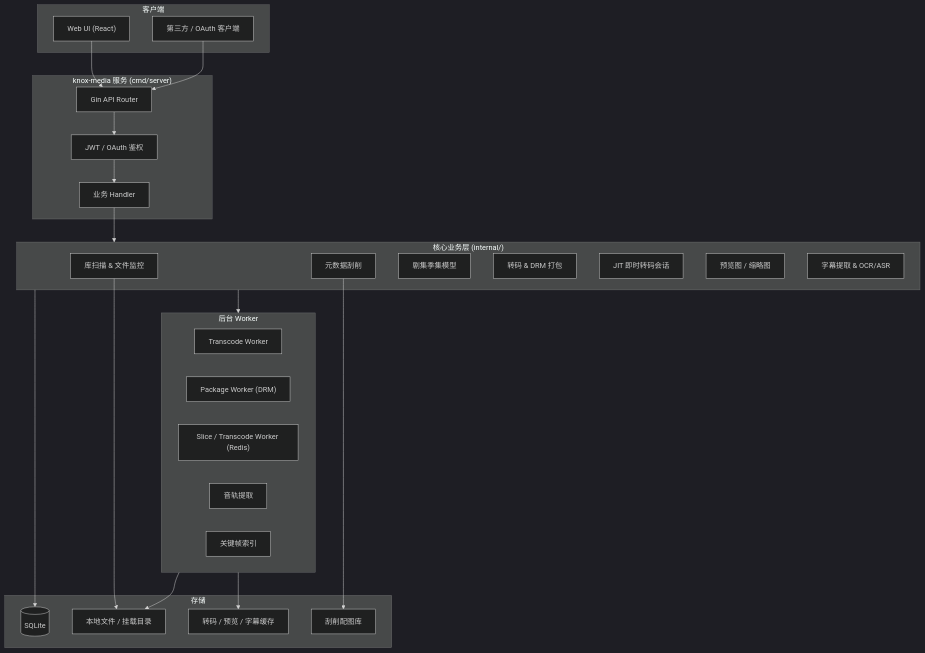
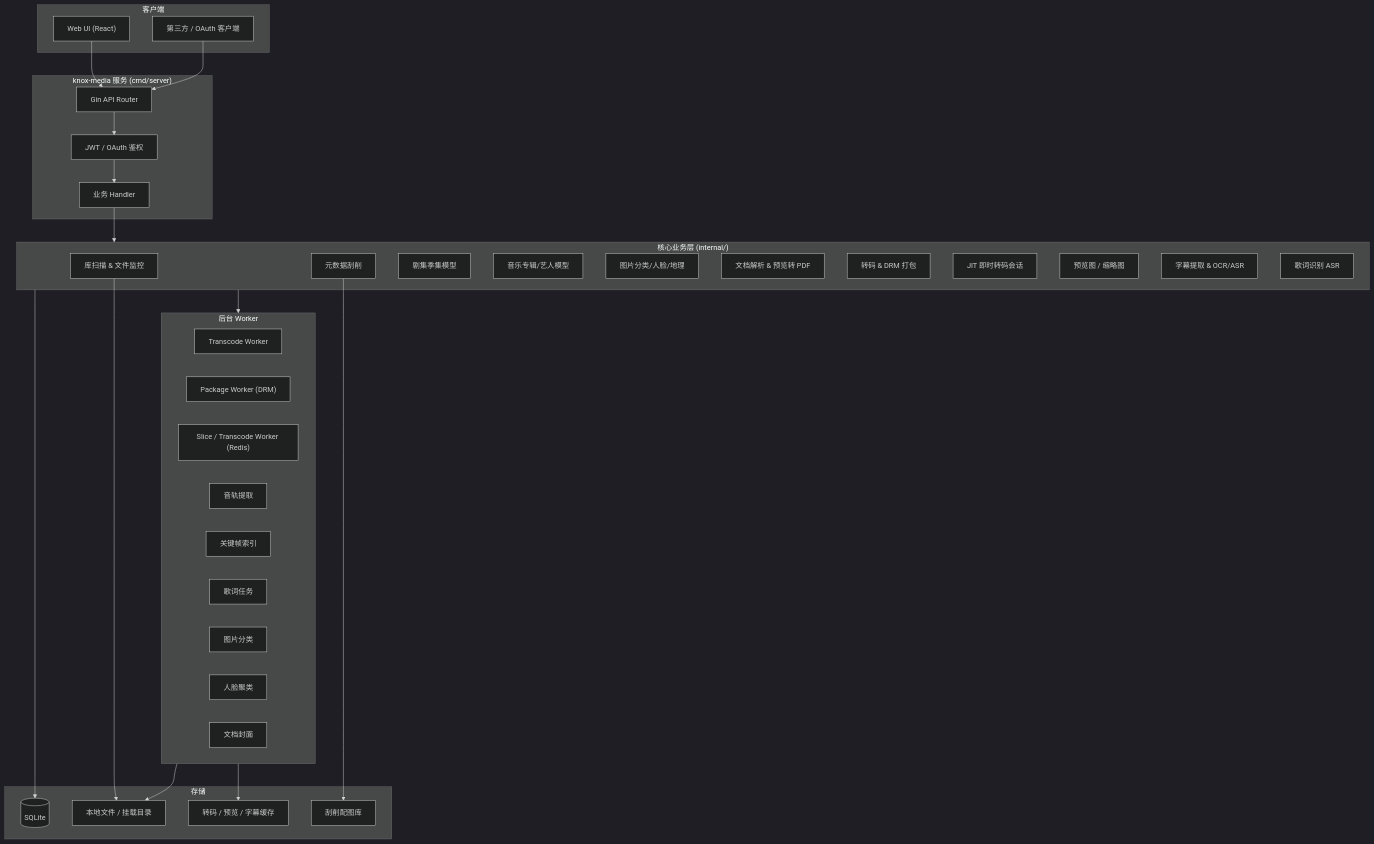
Before and after one commit to knoxmedia/Vauldy: the first of 6 diagrams in README.md, drawn with Mermaid (dark theme). The commit also changed other lines of this file, not shown here.

Commit message:
docs: update README for music, photo, and document modules

````diff
--- a/README.md
+++ b/README.md
@@ -62,49 +62,57 @@
 ```mermaid
 flowchart TB
   subgraph Client["客户端"]
     Web["Web UI (React)"]
     APIClient["第三方 / OAuth 客户端"]
   end
 
   subgraph Server["knox-media 服务 (cmd/server)"]
     Router["Gin API Router"]
     Auth["JWT / OAuth 鉴权"]
     Handler["业务 Handler"]
   end
 
   subgraph Core["核心业务层 (internal/)"]
     Scanner["库扫描 & 文件监控"]
     Scraper["元数据刮削"]
     TVStore["剧集季集模型"]
+    MusicStore["音乐专辑/艺人模型"]
+    PhotoAI["图片分类/人脸/地理"]
+    DocParse["文档解析 & 预览转 PDF"]
     Transcode["转码 & DRM 打包"]
     JIT["JIT 即时转码会话"]
     Preview["预览图 / 缩略图"]
     Subtitle["字幕提取 & OCR/ASR"]
+    Lyric["歌词识别 ASR"]
   end
 
   subgraph Workers["后台 Worker"]
     TW["Transcode Worker"]
     PW["Package Worker (DRM)"]
     SW["Slice / Transcode Worker (Redis)"]
     ATW["音轨提取"]
     KFW["关键帧索引"]
+    LTW["歌词任务"]
+    PCW["图片分类"]
+    PFW["人脸聚类"]
+    DCW["文档封面"]
   end
 
   subgraph Storage["存储"]
     SQLite[("SQLite")]
     FS["本地文件 / 挂载目录"]
     Cache["转码 / 预览 / 字幕缓存"]
     MetaLib["刮削配图库"]
   end
 
   Web --> Router
   APIClient --> Router
   Router --> Auth --> Handler
   Handler --> Core
   Core --> Workers
   Core --> SQLite
   Workers --> FS
   Workers --> Cache
   Scraper --> MetaLib
   Scanner --> FS
 ```
````
